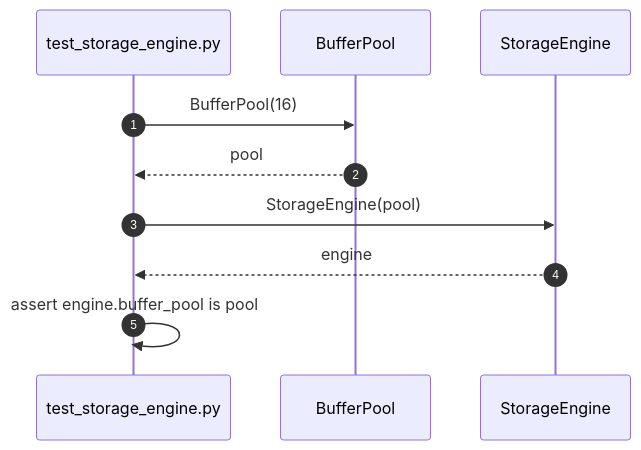
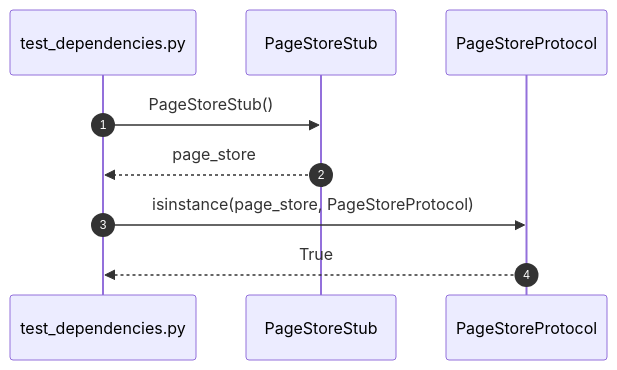
Before and after one commit to taitran501/DBMS: diagram 56 of 56 in diagrams/sequence/storage_engine.md, drawn with Mermaid. The commit also changed other lines of this file and 5 other files, not shown here.

Commit message:
test: define buffer pool and Storage Engine

````diff
--- a/diagrams/sequence/storage_engine.md
+++ b/diagrams/sequence/storage_engine.md
@@ -922,13 +919,12 @@
 ```mermaid
 sequenceDiagram
     autonumber
-    participant Test as test_storage_engine.py
-    participant Pool as BufferPool
-    participant SUT as StorageEngine
+    participant Test as test_dependencies.py
+    participant Stub as PageStoreStub
+    participant Contract as PageStoreProtocol
 
-    Test->>Pool: BufferPool(16)
-    Pool-->>Test: pool
-    Test->>SUT: StorageEngine(pool)
-    SUT-->>Test: engine
-    Test->>Test: assert engine.buffer_pool is pool
+    Test->>Stub: PageStoreStub()
+    Stub-->>Test: page_store
+    Test->>Contract: isinstance(page_store, PageStoreProtocol)
+    Contract-->>Test: True
 ```
````
